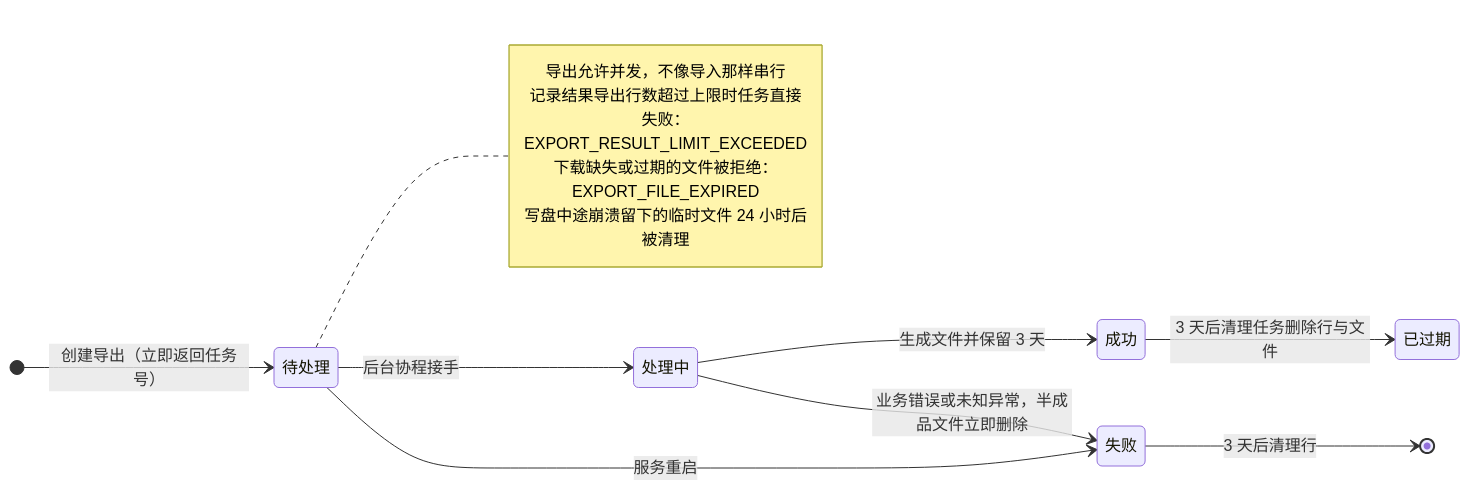
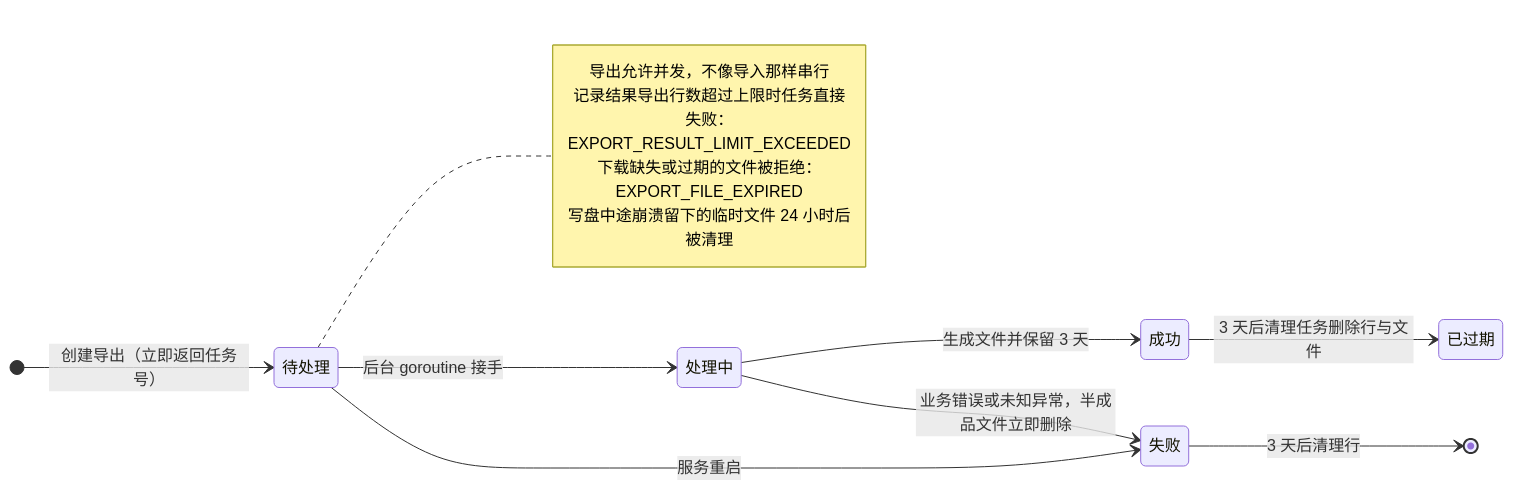
One commit to Sakana-1314/Electrical-Manager changed diagram 14 of 24 in docs/websites/pages/dev-state-machines.md. Above: the diagram before and after it, drawn with Mermaid. The commit also changed other lines of this file and 329 other files, not shown here.

````diff
--- a/docs/websites/pages/dev-state-machines.md
+++ b/docs/websites/pages/dev-state-machines.md
@@ -255,17 +255,17 @@
 ```mermaid
 stateDiagram-v2
     direction LR
     [*] --> 待处理 : 创建导出（立即返回任务号）
-    待处理 --> 处理中 : 后台协程接手
+    待处理 --> 处理中 : 后台 goroutine 接手
     处理中 --> 成功 : 生成文件并保留 3 天
     处理中 --> 失败 : 业务错误或未知异常，半成品文件立即删除
     待处理 --> 失败 : 服务重启
     成功 --> 已过期 : 3 天后清理任务删除行与文件
     失败 --> [*] : 3 天后清理行
     note right of 待处理
         导出允许并发，不像导入那样串行
         记录结果导出行数超过上限时任务直接失败：EXPORT_RESULT_LIMIT_EXCEEDED
         下载缺失或过期的文件被拒绝：EXPORT_FILE_EXPIRED
         写盘中途崩溃留下的临时文件 24 小时后被清理
     end note
 ```
````
